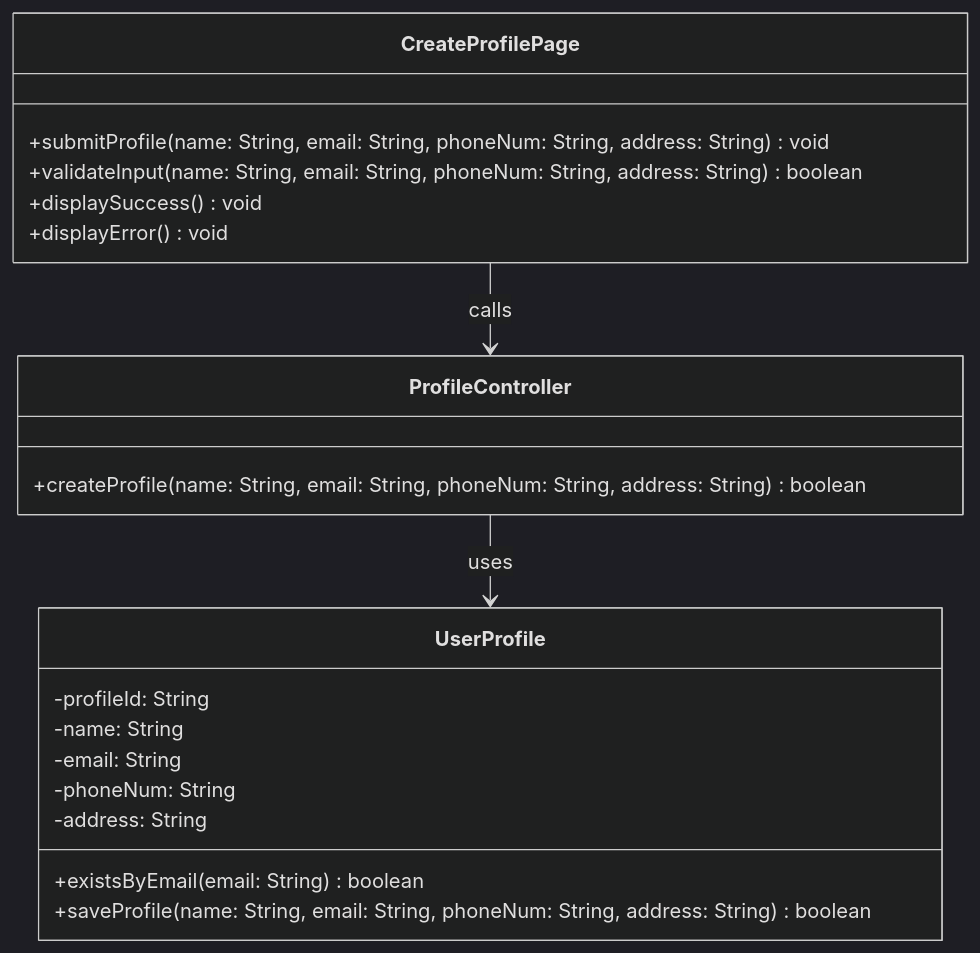
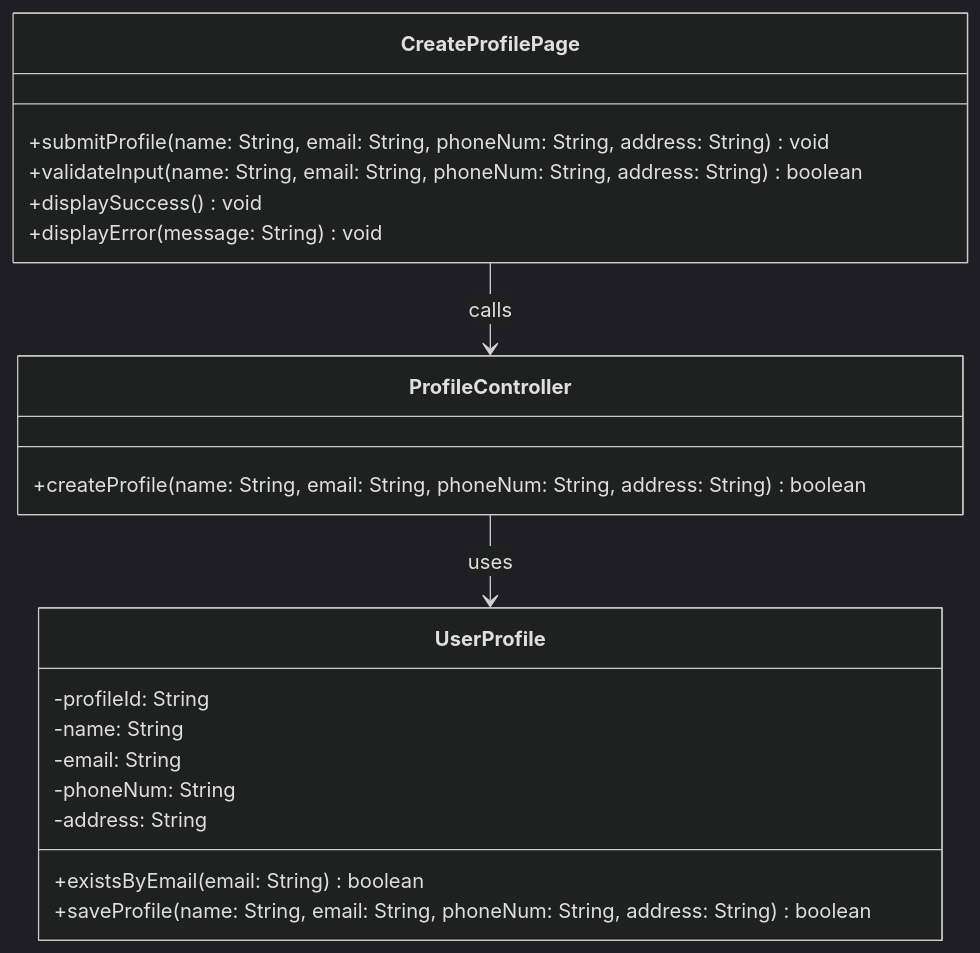
One commit to JSL124/SDM-project changed the diagram in docs/profile/class-diagram.md. Above: the diagram before and after it, drawn with Mermaid (dark theme). The commit also changed other lines of this file and 14 other files, not shown here.

````diff
--- a/docs/profile/class-diagram.md
+++ b/docs/profile/class-diagram.md
@@ -3,26 +3,26 @@
 ```mermaid
 classDiagram
     class CreateProfilePage {
         +submitProfile(name: String, email: String, phoneNum: String, address: String) void
         +validateInput(name: String, email: String, phoneNum: String, address: String) boolean
         +displaySuccess() void
-        +displayError() void
+        +displayError(message: String) void
     }
 
     class ProfileController {
         +createProfile(name: String, email: String, phoneNum: String, address: String) boolean
     }
 
     class UserProfile {
         -profileId: String
         -name: String
         -email: String
         -phoneNum: String
         -address: String
         +existsByEmail(email: String) boolean
         +saveProfile(name: String, email: String, phoneNum: String, address: String) boolean
     }
 
     CreateProfilePage --> ProfileController : calls
     ProfileController --> UserProfile : uses
 ```
````
